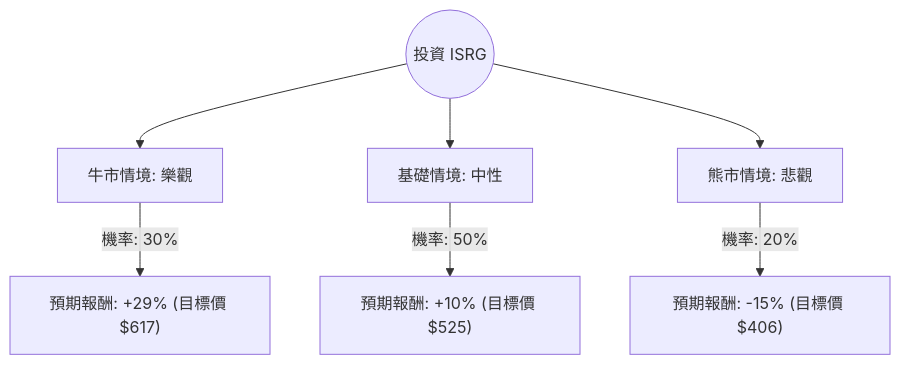
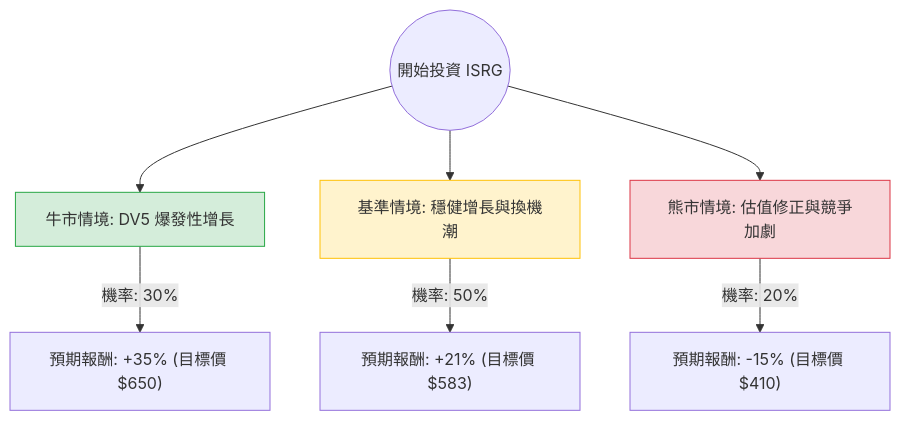
The diagram in plugin-react/ai-analysis/ev-analysis/ISRG.md (zmcx16/zmcx16.github.io), drawn with Mermaid before and after one commit. The commit also changed other lines of this file and 75 other files, not shown here.

````diff
--- a/plugin-react/ai-analysis/ev-analysis/ISRG.md
+++ b/plugin-react/ai-analysis/ev-analysis/ISRG.md
@@ -20,10 +20,14 @@
 ```mermaid
 graph TD
-    Start((投資 ISRG)) --> Bull[牛市情境: 樂觀]
-    Start --> Base[基礎情境: 中性]
-    Start --> Bear[熊市情境: 悲觀]
+    Start((開始投資 ISRG)) --> Bull[牛市情境: DV5 爆發性增長]
+    Start --> Base[基準情境: 穩健增長與換機潮]
+    Start --> Bear[熊市情境: 估值修正與競爭加劇]
 
-    Bull -- "機率: 30%" --> BullVal["預期報酬: +29% (目標價 $617)"]
-    Base -- "機率: 50%" --> BaseVal["預期報酬: +10% (目標價 $525)"]
-    Bear -- "機率: 20%" --> BearVal["預期報酬: -15% (目標價 $406)"]
+    Bull -- "機率: 30%" --> BullResult["預期報酬: +35% (目標價 $650)"]
+    Base -- "機率: 50%" --> BaseResult["預期報酬: +21% (目標價 $583)"]
+    Bear -- "機率: 20%" --> BearResult["預期報酬: -15% (目標價 $410)"]
+
+    style Bull fill:#d4edda,stroke:#28a745
+    style Base fill:#fff3cd,stroke:#ffc107
+    style Bear fill:#f8d7da,stroke:#dc3545
 ```
````
